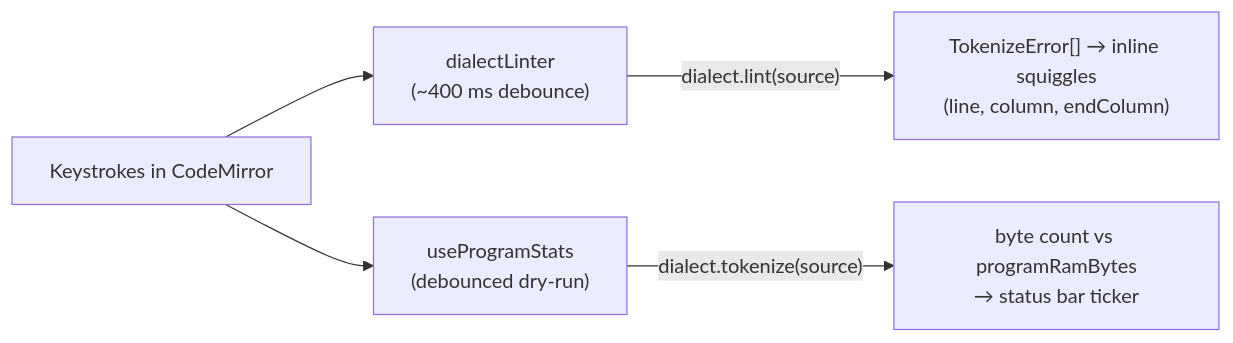
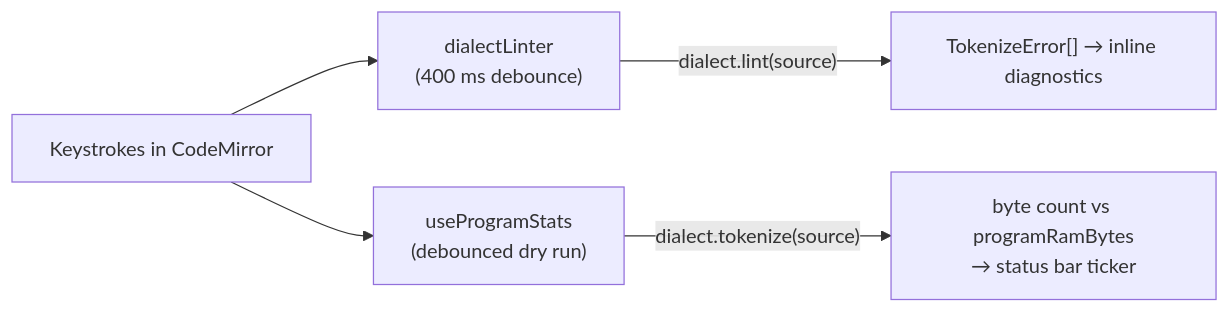
Before and after one commit to seanhodges/basically: the sixth of 12 diagrams in docs/contributing/architecture.md, drawn with Mermaid. The commit also changed other lines of this file and 4 other files, not shown here.

````diff
--- a/docs/contributing/architecture.md
+++ b/docs/contributing/architecture.md
@@ -614,7 +456,7 @@
 ```mermaid
 flowchart LR
-  typing["Keystrokes in CodeMirror"] --> lint["dialectLinter<br/>(~400 ms debounce)"]
-  typing --> stats["useProgramStats<br/>(debounced dry-run)"]
-  lint -->|"dialect.lint(source)"| diags["TokenizeError[] → inline squiggles<br/>(line, column, endColumn)"]
+  typing["Keystrokes in CodeMirror"] --> lint["dialectLinter<br/>(400 ms debounce)"]
+  typing --> stats["useProgramStats<br/>(debounced dry run)"]
+  lint -->|"dialect.lint(source)"| diags["TokenizeError[] → inline diagnostics"]
   stats -->|"dialect.tokenize(source)"| budget["byte count vs programRamBytes<br/>→ status bar ticker"]
 ```
````
